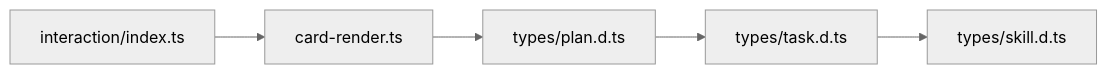
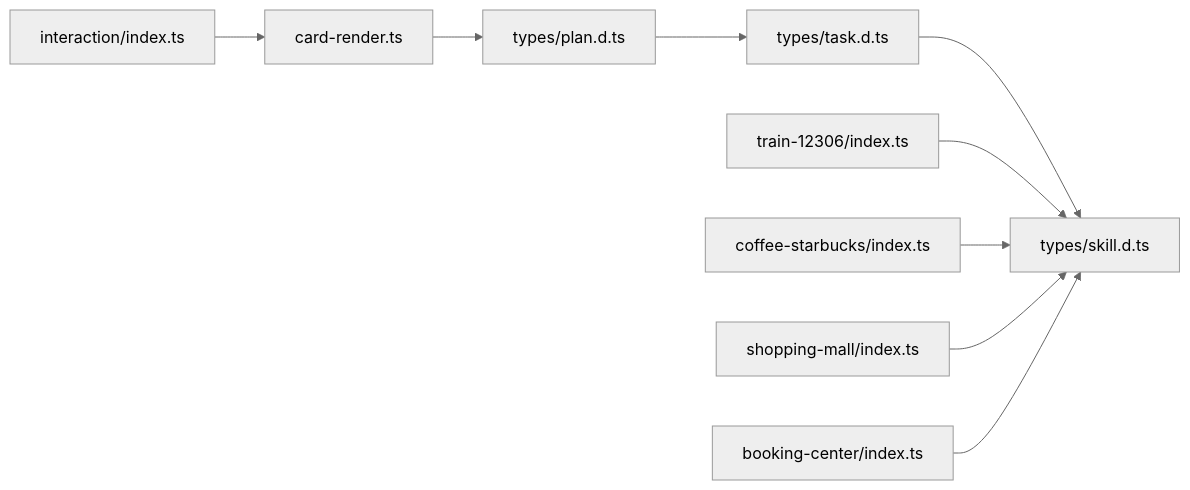
Before and after one commit to Ichi-Hackton/WAIC-WeChat-MiniProgram: the sixth of 6 diagrams in .qoder/repowiki/zh/content/用户界面/交互层设计/卡片渲染引擎.md, drawn with Mermaid (neutral theme). The commit also changed other lines of this file and 33 other files, not shown here.

````diff
--- a/.qoder/repowiki/zh/content/用户界面/交互层设计/卡片渲染引擎.md
+++ b/.qoder/repowiki/zh/content/用户界面/交互层设计/卡片渲染引擎.md
@@ -213,7 +249,11 @@
 ```mermaid
 graph LR
 CR["card-render.ts"] --> PLAN["types/plan.d.ts"]
 PLAN --> TASK["types/task.d.ts"]
 TASK --> SKILL["types/skill.d.ts"]
 IDX["interaction/index.ts"] --> CR
+TRAIN["train-12306/index.ts"] --> SKILL
+COFFEE["coffee-starbucks/index.ts"] --> SKILL
+SHOPPING["shopping-mall/index.ts"] --> SKILL
+BOOKING["booking-center/index.ts"] --> SKILL
 ```
````
